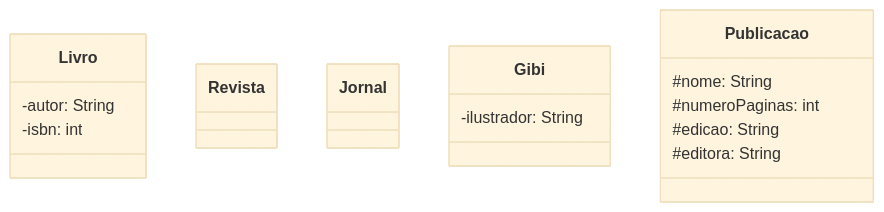
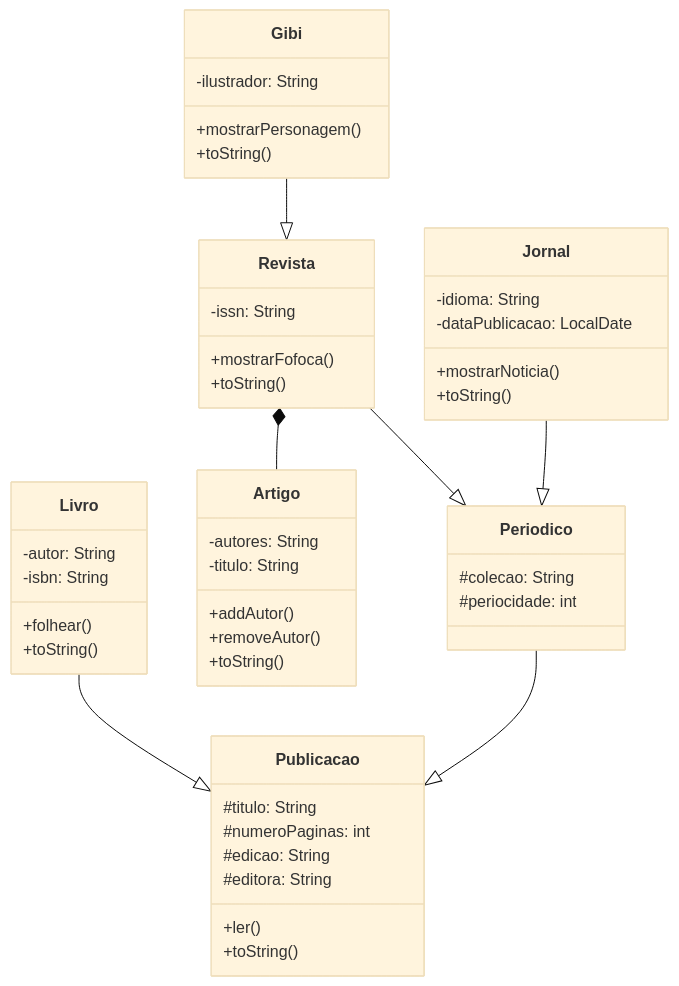
One commit to thaliab13-web/POO changed the second of 4 diagrams in Heranca/src/main/java/ads/poo/pacote/README.md. Above: the diagram before and after it, drawn with Mermaid (base theme). The commit also changed other lines of this file and 1 other file, not shown here.

````diff
--- a/Heranca/src/main/java/ads/poo/pacote/README.md
+++ b/Heranca/src/main/java/ads/poo/pacote/README.md
@@ -51,29 +49,57 @@
 ```mermaid
 
 
 classDiagram
 
     class Livro {
         -autor: String
-        -isbn: int
-
-
+        -isbn: String
+        +folhear()
+        +toString()
     }
     class Revista {
+        -issn: String
+        +mostrarFofoca()
+        +toString()
         
     }
     class Jornal {
-        
+        -idioma: String
+        -dataPublicacao: LocalDate
+        +mostrarNoticia()
+        +toString()
     }
     
     class Gibi {
         -ilustrador: String
+        +mostrarPersonagem()
+        +toString()
         
     }
     class Publicacao {
-        #nome: String
+        #titulo: String
         #numeroPaginas: int
         #edicao: String
         #editora: String
+        +ler()
+        +toString()
     }
+    class Artigo {
+        -autores: String
+        -titulo: String
+        +addAutor()
+        +removeAutor()
+        +toString()
+    }
+    class Periodico {
+        #colecao: String
+        #periocidade: int
+    }
+    
+    Livro --|> Publicacao
+    Periodico --|> Publicacao
+    Jornal --|> Periodico
+    Revista --|> Periodico
+    Gibi --|> Revista
+    Revista *-- Artigo 
 ```
````
